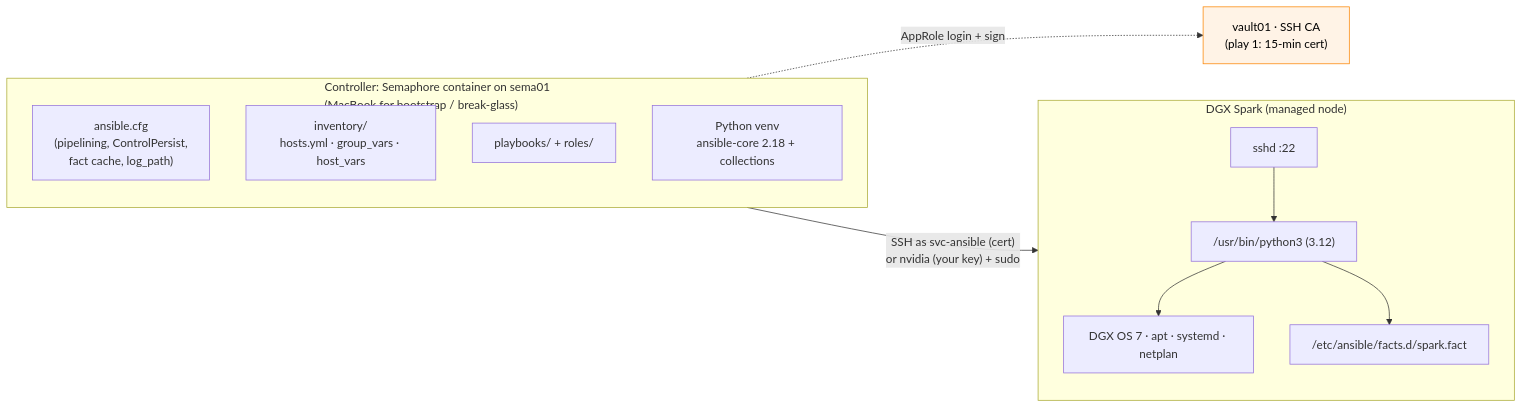
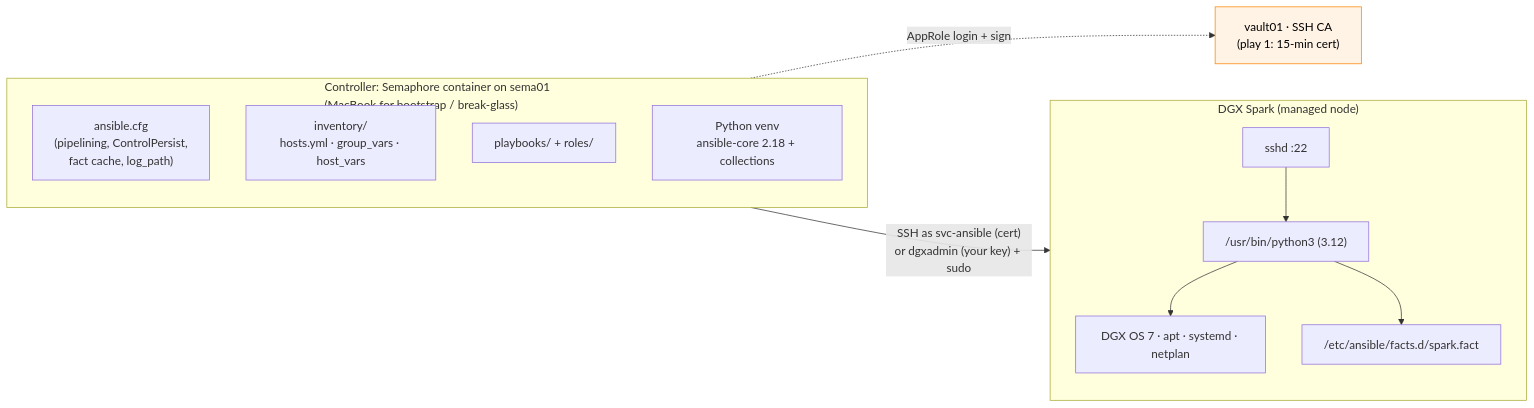
Before and after one commit to cloudone365/technical-depth: the first of 2 diagrams in 01-Ansible/02-control-node-and-ansible-core.md, drawn with Mermaid. The commit also changed other lines of this file and 36 other files, not shown here.

````diff
--- a/01-Ansible/02-control-node-and-ansible-core.md
+++ b/01-Ansible/02-control-node-and-ansible-core.md
@@ -31,23 +31,23 @@
 ```mermaid
 flowchart LR
   subgraph CN["Controller: Semaphore container on sema01<br/>(MacBook for bootstrap / break-glass)"]
     direction TB
     CFG["ansible.cfg<br/>(pipelining, ControlPersist,<br/>fact cache, log_path)"]
     INV["inventory/<br/>hosts.yml · group_vars · host_vars"]
     PB["playbooks/ + roles/"]
     VENV["Python venv<br/>ansible-core 2.18 + collections"]
   end
   subgraph SP["DGX Spark (managed node)"]
     direction TB
     SSHD["sshd :22"]
     PY["/usr/bin/python3 (3.12)"]
     FACTS["/etc/ansible/facts.d/spark.fact"]
     OS["DGX OS 7 · apt · systemd · netplan"]
   end
   VLT["vault01 · SSH CA<br/>(play 1: 15-min cert)"]
   PB -.->|"AppRole login + sign"| VLT
-  PB -->|"SSH as svc-ansible (cert)<br/>or nvidia (your key) + sudo"| SSHD --> PY --> OS
+  PB -->|"SSH as svc-ansible (cert)<br/>or dgxadmin (your key) + sudo"| SSHD --> PY --> OS
   PY --> FACTS
   classDef mgmt fill:#fff3e6,stroke:#fb8500,color:#000
   class VLT mgmt
 ```
````
